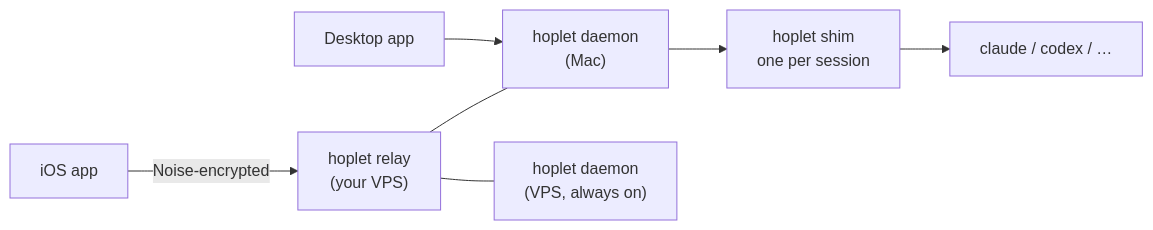
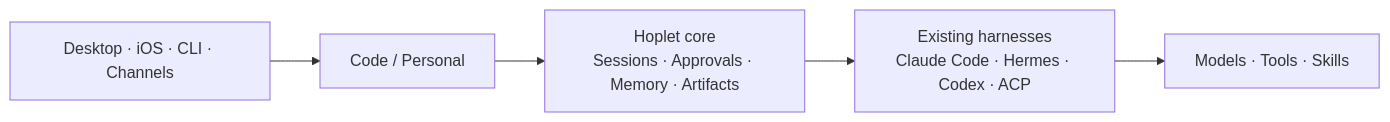
One commit to yangflow/hoplet changed the diagram in README.md. Above: the diagram before and after it, drawn with Mermaid. The commit also changed other lines of this file and 26 other files, not shown here.

Commit message:
docs(design): align designs and roadmap with implementation

````diff
--- a/README.md
+++ b/README.md
@@ -21,8 +21,7 @@
 ```mermaid
 flowchart LR
-    Phone["iOS app"] -- "Noise-encrypted" --> Relay["hoplet relay<br/>(your VPS)"]
-    Desk["Desktop app"] --> Mac["hoplet daemon<br/>(Mac)"]
-    Relay --- Mac
-    Relay --- VPS["hoplet daemon<br/>(VPS, always on)"]
-    Mac --> Shim["hoplet shim<br/>one per session"] --> H["claude / codex / …"]
+    User["Desktop · iOS · CLI · Channels"] --> Modes["Code / Personal"]
+    Modes --> Core["Hoplet core<br/>Sessions · Approvals · Memory · Artifacts"]
+    Core --> Harness["Existing harnesses<br/>Claude Code · Hermes · Codex · ACP"]
+    Harness --> Capabilities["Models · Tools · Skills"]
 ```
````
